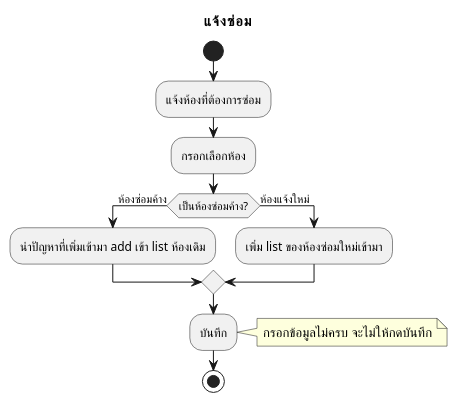
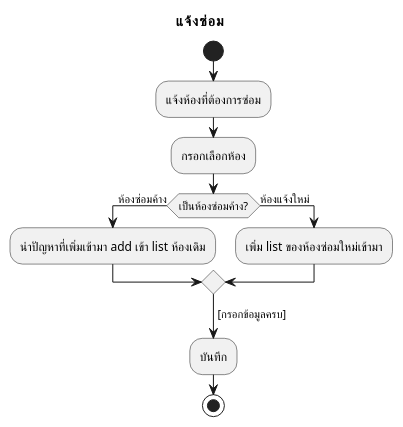
The diagram in activity-diagram/room/outofder.md (cheat13/Prompiman_Diagram), drawn with PlantUML before and after one commit. The commit also changed 19 other files, not shown here.

```diff
--- a/activity-diagram/room/outofder.md
+++ b/activity-diagram/room/outofder.md
@@ -1,18 +1,16 @@
 @startuml
 
 title แจ้งซ่อม
 start
 :แจ้งห้องที่ต้องการซ่อม;
 :กรอกเลือกห้อง;
 if(เป็นห้องซ่อมค้าง?) then (ห้องซ่อมค้าง)
 :นำปัญหาที่เพิ่มเข้ามา add เข้า list ห้องเดิม;
 else(ห้องแจ้งใหม่)
 :เพิ่ม list ของห้องซ่อมใหม่เข้ามา;
 endif
+-> [กรอกข้อมูลครบ];
 :บันทึก;
-note right
-กรอกข้อมูลไม่ครบ จะไม่ให้กดบันทึก
-end note
 stop
 
 @enduml
```
